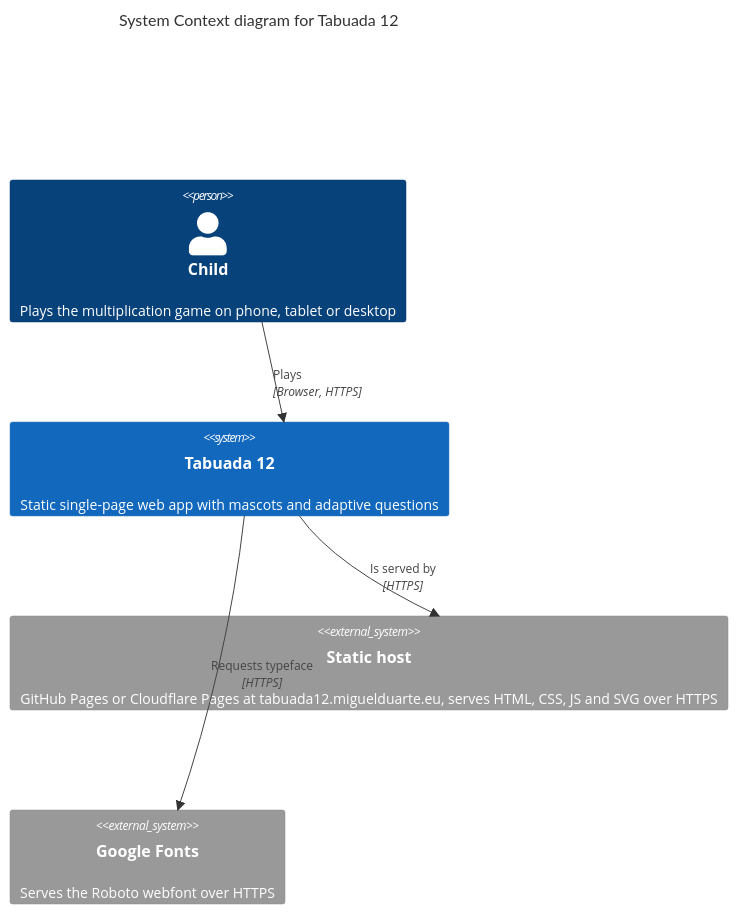
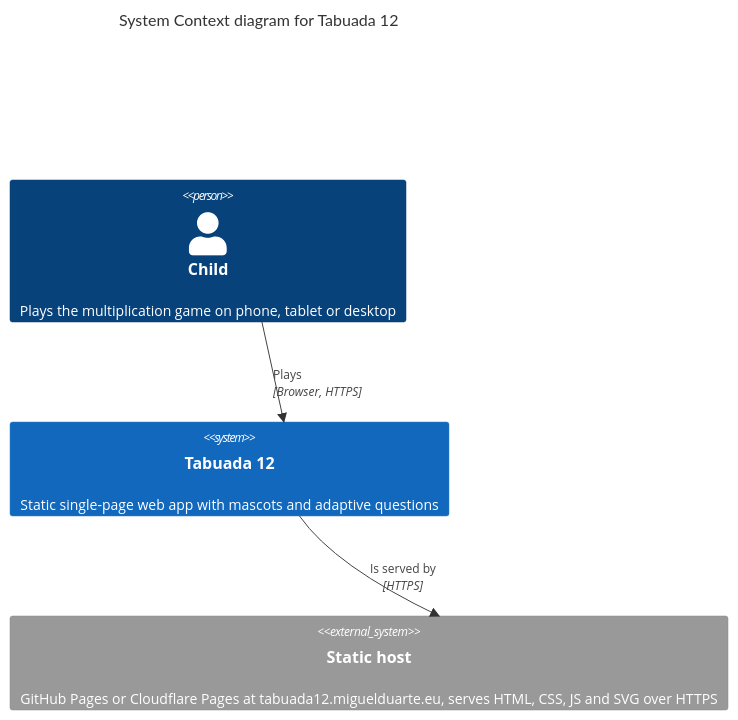
One commit to mcduarte2000/tabuada12 changed the diagram in docs/architecture/overview.md. Above: the diagram before and after it, drawn with Mermaid. The commit also changed other lines of this file and 13 other files, not shown here.

````diff
--- a/docs/architecture/overview.md
+++ b/docs/architecture/overview.md
@@ -86,12 +86,12 @@
 ```mermaid
 C4Context
   title System Context diagram for Tabuada 12
   Person(child, "Child", "Plays the multiplication game on phone, tablet or desktop")
   System(app, "Tabuada 12", "Static single-page web app with mascots and adaptive questions")
   System_Ext(host, "Static host", "GitHub Pages or Cloudflare Pages at tabuada12.miguelduarte.eu, serves HTML, CSS, JS and SVG over HTTPS")
-  System_Ext(fonts, "Google Fonts", "Serves the Roboto webfont over HTTPS")
+
 
   Rel(child, app, "Plays", "Browser, HTTPS")
   Rel(app, host, "Is served by", "HTTPS")
-  Rel(app, fonts, "Requests typeface", "HTTPS")
+
 ```
````
